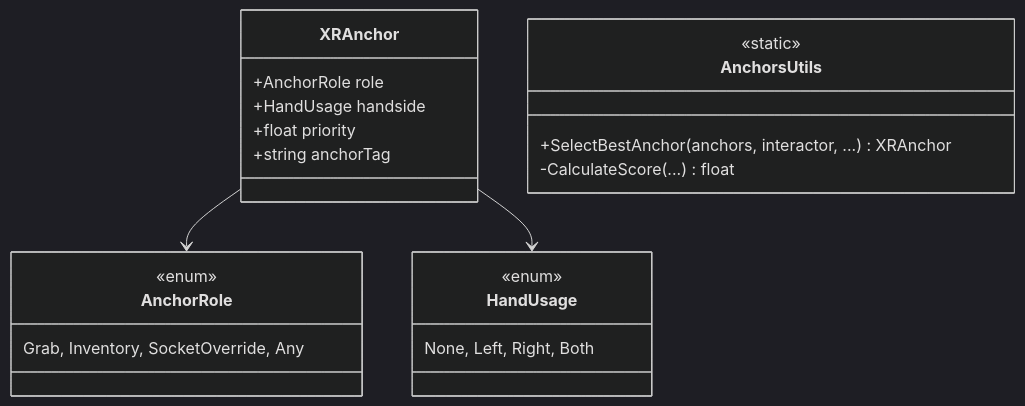
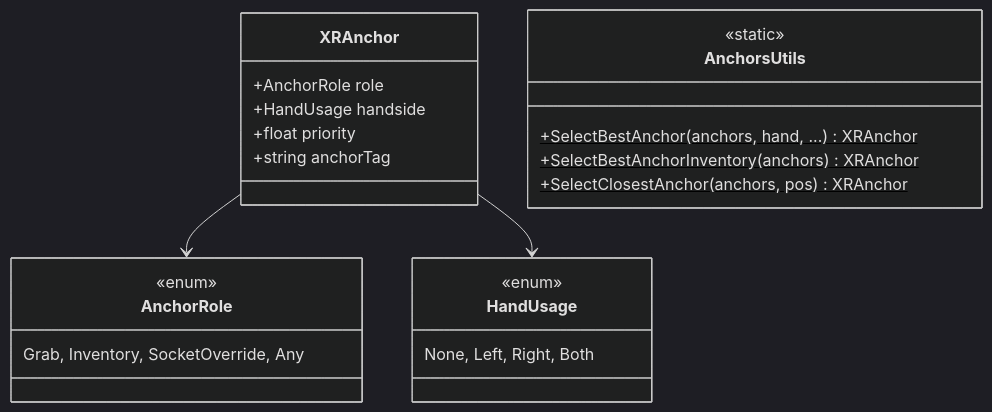
Before and after one commit to Louis27140/XR-Interactions: the diagram in Documentation/Anchors.md, drawn with Mermaid (dark theme). The commit also changed other lines of this file and 31 other files, not shown here.

````diff
--- a/Documentation/Anchors.md
+++ b/Documentation/Anchors.md
@@ -7,28 +9,29 @@
 ```mermaid
 classDiagram
     class XRAnchor {
         +AnchorRole role
         +HandUsage handside
         +float priority
         +string anchorTag
     }
-    
+
     class AnchorsUtils {
         <<static>>
-        +SelectBestAnchor(anchors, interactor, ...) XRAnchor
-        -CalculateScore(...) float
+        +SelectBestAnchor(anchors, hand, ...) XRAnchor$
+        +SelectBestAnchorInventory(anchors) XRAnchor$
+        +SelectClosestAnchor(anchors, pos) XRAnchor$
     }
-    
+
     class AnchorRole {
         <<enum>>
         Grab, Inventory, SocketOverride, Any
     }
-    
+
     class HandUsage {
         <<enum>>
         None, Left, Right, Both
     }
-    
+
     XRAnchor --> AnchorRole
     XRAnchor --> HandUsage
 ```
````
